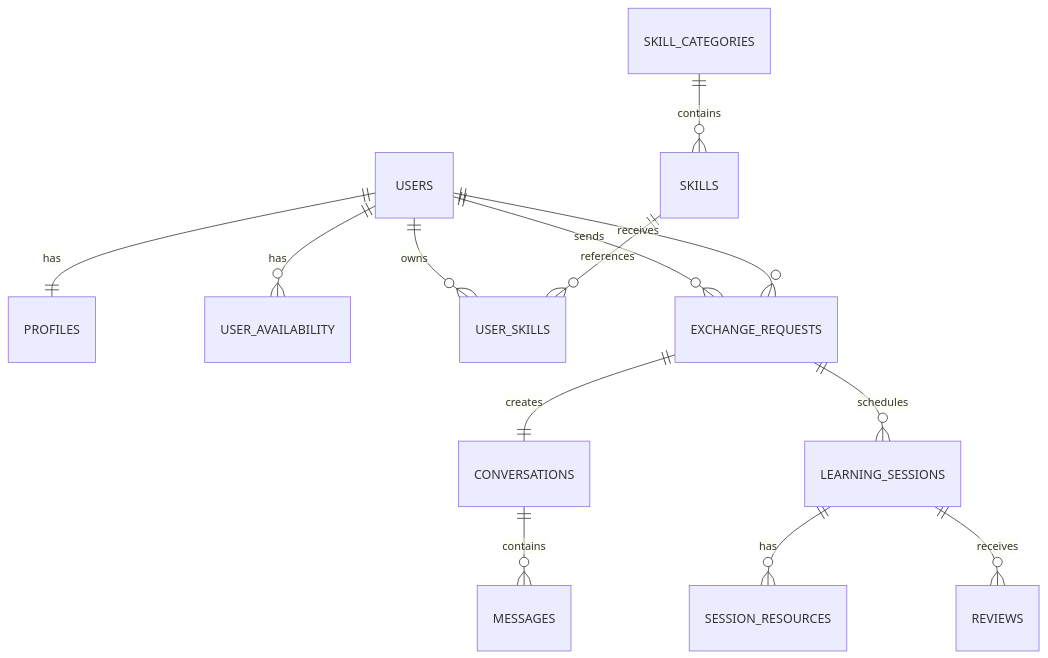
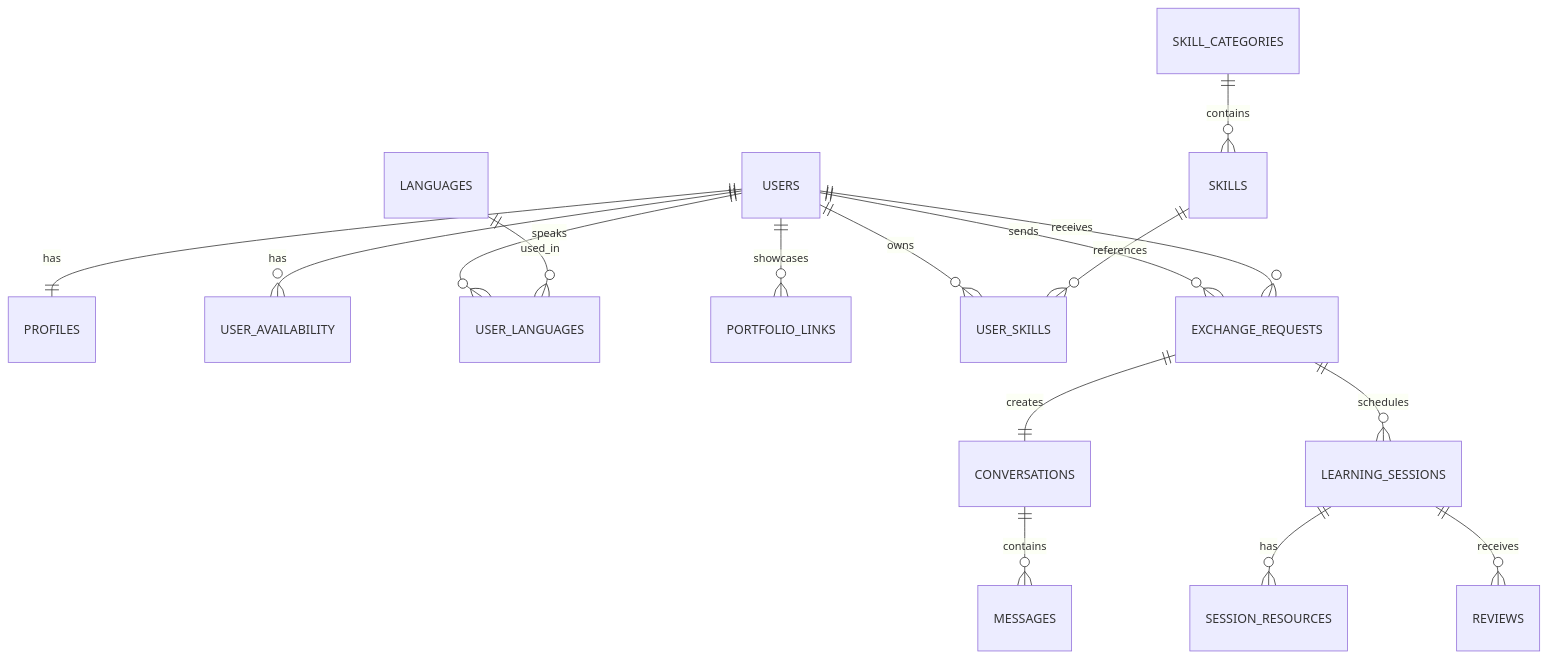
Before and after one commit to sis0n/SkillSwap: the diagram in docs/architecture/DATABASE.MD, drawn with Mermaid. The commit also changed other lines of this file and 73 other files, not shown here.

First line of the commit message:
Phase 4 — User Profiles (4: Profiles, 4.5: Languages & Timezone, 4.6: Portfolio Links)

````diff
--- a/docs/architecture/DATABASE.MD
+++ b/docs/architecture/DATABASE.MD
@@ -259,15 +359,18 @@
 ```mermaid
 erDiagram
 USERS ||--|| PROFILES : has
 USERS ||--o{ USER_AVAILABILITY : has
+USERS ||--o{ USER_LANGUAGES : speaks
+LANGUAGES ||--o{ USER_LANGUAGES : used_in
+USERS ||--o{ PORTFOLIO_LINKS : showcases
 SKILL_CATEGORIES ||--o{ SKILLS : contains
 USERS ||--o{ USER_SKILLS : owns
 SKILLS ||--o{ USER_SKILLS : references
 USERS ||--o{ EXCHANGE_REQUESTS : sends
 USERS ||--o{ EXCHANGE_REQUESTS : receives
 EXCHANGE_REQUESTS ||--|| CONVERSATIONS : creates
 CONVERSATIONS ||--o{ MESSAGES : contains
 EXCHANGE_REQUESTS ||--o{ LEARNING_SESSIONS : schedules
 LEARNING_SESSIONS ||--o{ SESSION_RESOURCES : has
 LEARNING_SESSIONS ||--o{ REVIEWS : receives
 ```
````
